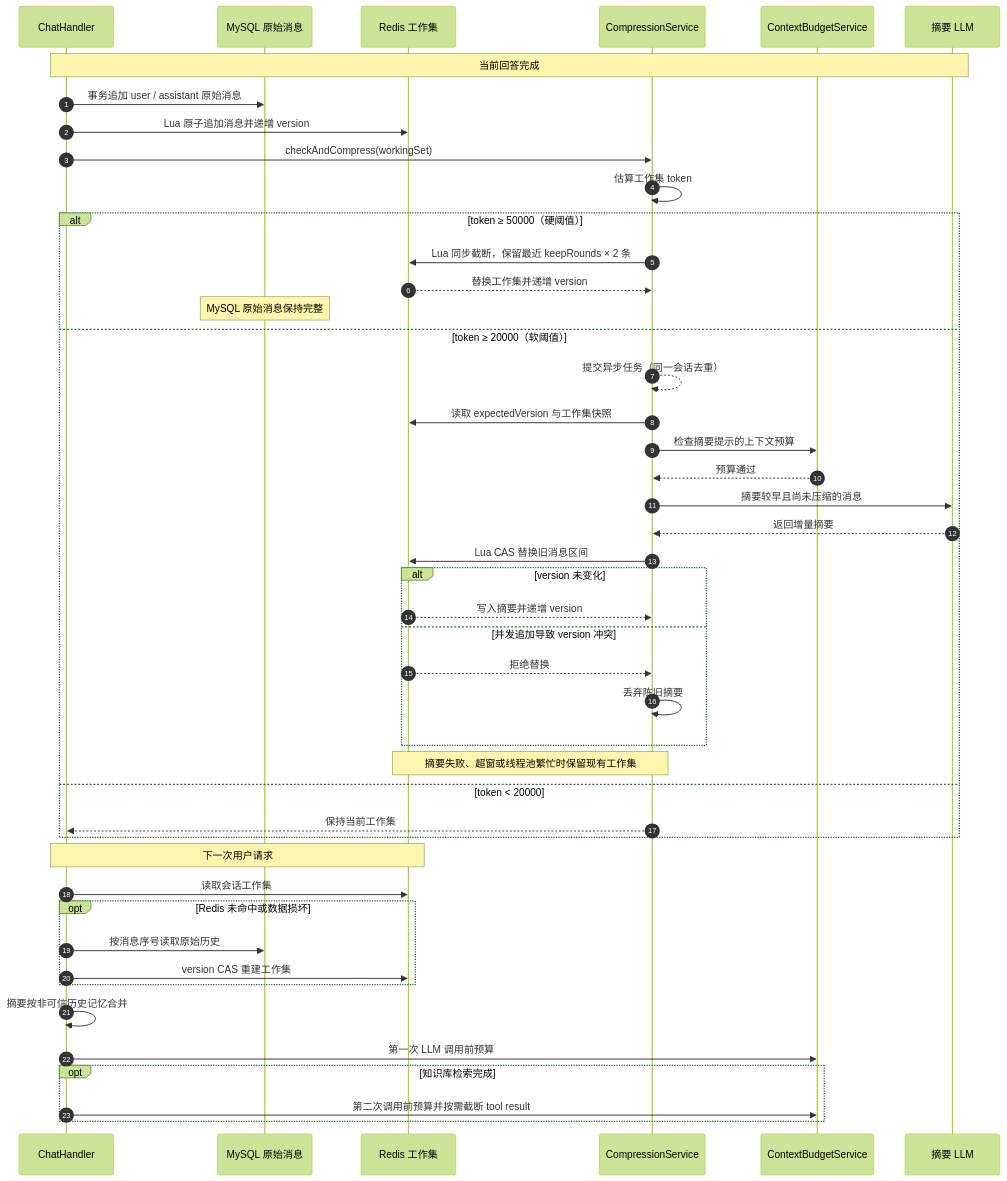
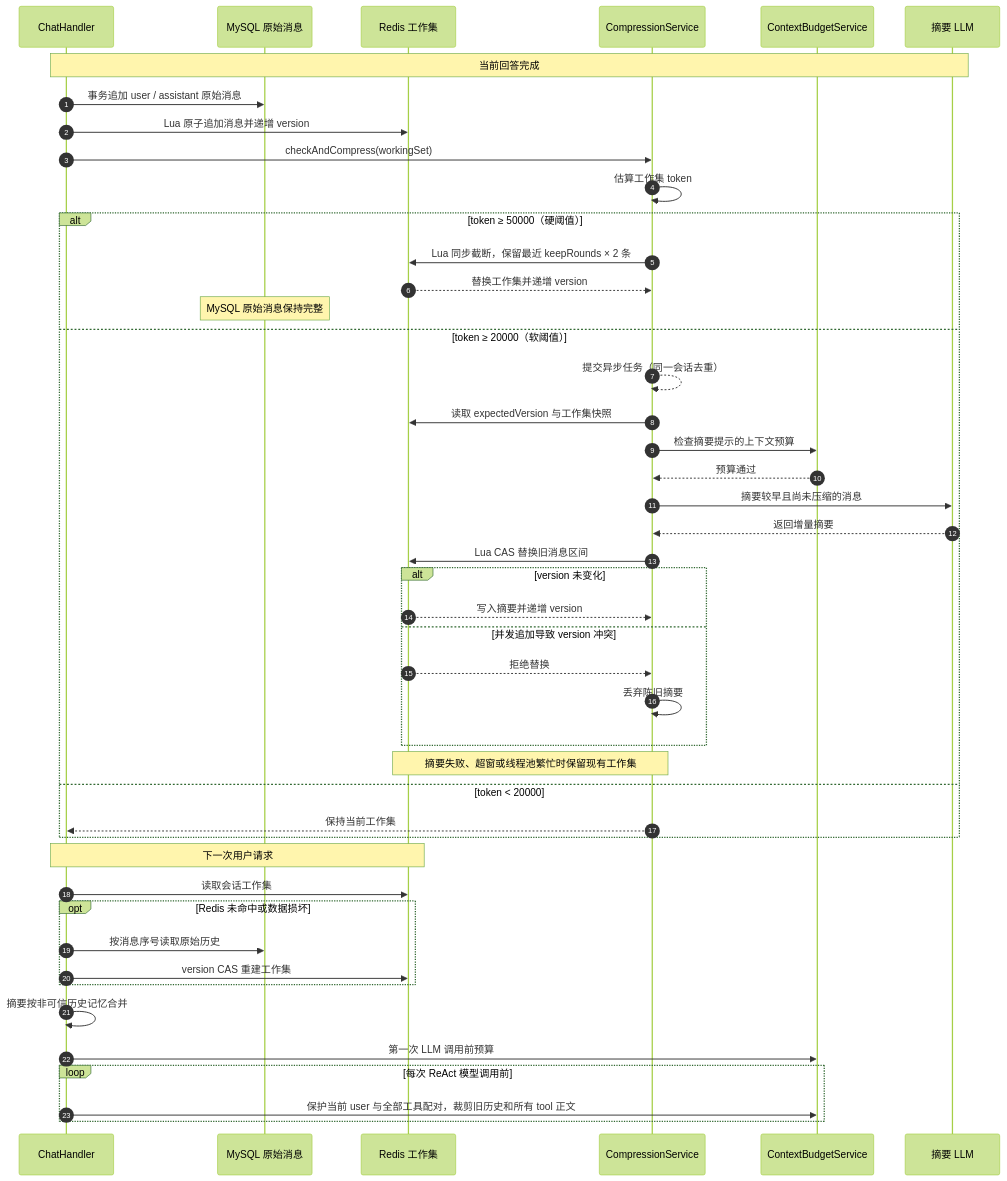
One commit to Curzsu/ShadowRAG changed the second of 3 diagrams in README.md. Above: the diagram before and after it, drawn with Mermaid (forest theme). The commit also changed other lines of this file and 50 other files, not shown here.

````diff
--- a/README.md
+++ b/README.md
@@ -149,51 +150,51 @@
 ```mermaid
 sequenceDiagram
     autonumber
     participant AG as ChatHandler
     participant DB as MySQL 原始消息
     participant REDIS as Redis 工作集
     participant CMP as CompressionService
     participant BUD as ContextBudgetService
     participant LLM as 摘要 LLM
 
     Note over AG,LLM: 当前回答完成
     AG->>DB: 事务追加 user / assistant 原始消息
     AG->>REDIS: Lua 原子追加消息并递增 version
     AG->>CMP: checkAndCompress(workingSet)
     CMP->>CMP: 估算工作集 token
 
     alt token ≥ 50000（硬阈值）
         CMP->>REDIS: Lua 同步截断，保留最近 keepRounds × 2 条
         REDIS-->>CMP: 替换工作集并递增 version
         Note over DB: MySQL 原始消息保持完整
     else token ≥ 20000（软阈值）
         CMP-->>CMP: 提交异步任务（同一会话去重）
         CMP->>REDIS: 读取 expectedVersion 与工作集快照
         CMP->>BUD: 检查摘要提示的上下文预算
         BUD-->>CMP: 预算通过
         CMP->>LLM: 摘要较早且尚未压缩的消息
         LLM-->>CMP: 返回增量摘要
         CMP->>REDIS: Lua CAS 替换旧消息区间
         alt version 未变化
             REDIS-->>CMP: 写入摘要并递增 version
         else 并发追加导致 version 冲突
             REDIS-->>CMP: 拒绝替换
             CMP->>CMP: 丢弃陈旧摘要
         end
         Note over CMP,REDIS: 摘要失败、超窗或线程池繁忙时保留现有工作集
     else token < 20000
         CMP-->>AG: 保持当前工作集
     end
 
     Note over AG,REDIS: 下一次用户请求
     AG->>REDIS: 读取会话工作集
     opt Redis 未命中或数据损坏
         AG->>DB: 按消息序号读取原始历史
         AG->>REDIS: version CAS 重建工作集
     end
     AG->>AG: 摘要按非可信历史记忆合并
     AG->>BUD: 第一次 LLM 调用前预算
-    opt 知识库检索完成
-        AG->>BUD: 第二次调用前预算并按需截断 tool result
+    loop 每次 ReAct 模型调用前
+        AG->>BUD: 保护当前 user 与全部工具配对，裁剪旧历史和所有 tool 正文
     end
 ```
````
